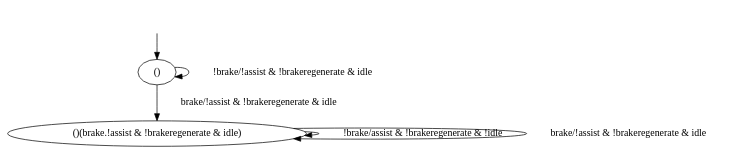
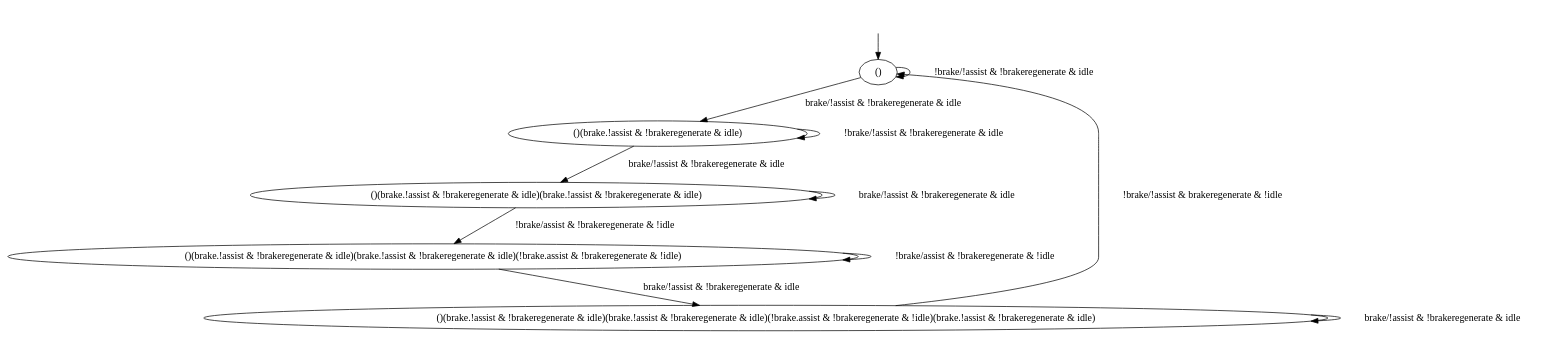
Before and after one commit to mrudu/synth-learn: the diagram in sample/examples/example6.dot, drawn with Graphviz. The commit also changed 7 other files, not shown here.

```diff
--- a/sample/examples/example6.dot
+++ b/sample/examples/example6.dot
@@ -1,10 +1,19 @@
 digraph "examples/example6" {
 "()" [label="()"];
 "()(brake.!assist & !brakeregenerate & idle)" [label="()(brake.!assist & !brakeregenerate & idle)"];
+"()(brake.!assist & !brakeregenerate & idle)(brake.!assist & !brakeregenerate & idle)" [label="()(brake.!assist & !brakeregenerate & idle)(brake.!assist & !brakeregenerate & idle)"];
+"()(brake.!assist & !brakeregenerate & idle)(brake.!assist & !brakeregenerate & idle)(!brake.assist & !brakeregenerate & !idle)" [label="()(brake.!assist & !brakeregenerate & idle)(brake.!assist & !brakeregenerate & idle)(!brake.assist & !brakeregenerate & !idle)"];
+"()(brake.!assist & !brakeregenerate & idle)(brake.!assist & !brakeregenerate & idle)(!brake.assist & !brakeregenerate & !idle)(brake.!assist & !brakeregenerate & idle)" [label="()(brake.!assist & !brakeregenerate & idle)(brake.!assist & !brakeregenerate & idle)(!brake.assist & !brakeregenerate & !idle)(brake.!assist & !brakeregenerate & idle)"];
 "()" -> "()"  [label="!brake/!assist & !brakeregenerate & idle"];
 "()" -> "()(brake.!assist & !brakeregenerate & idle)"  [label="brake/!assist & !brakeregenerate & idle"];
-"()(brake.!assist & !brakeregenerate & idle)" -> "()(brake.!assist & !brakeregenerate & idle)"  [label="!brake/assist & !brakeregenerate & !idle"];
-"()(brake.!assist & !brakeregenerate & idle)" -> "()(brake.!assist & !brakeregenerate & idle)"  [label="brake/!assist & !brakeregenerate & idle"];
+"()(brake.!assist & !brakeregenerate & idle)" -> "()(brake.!assist & !brakeregenerate & idle)"  [label="!brake/!assist & !brakeregenerate & idle"];
+"()(brake.!assist & !brakeregenerate & idle)" -> "()(brake.!assist & !brakeregenerate & idle)(brake.!assist & !brakeregenerate & idle)"  [label="brake/!assist & !brakeregenerate & idle"];
+"()(brake.!assist & !brakeregenerate & idle)(brake.!assist & !brakeregenerate & idle)" -> "()(brake.!assist & !brakeregenerate & idle)(brake.!assist & !brakeregenerate & idle)(!brake.assist & !brakeregenerate & !idle)"  [label="!brake/assist & !brakeregenerate & !idle"];
+"()(brake.!assist & !brakeregenerate & idle)(brake.!assist & !brakeregenerate & idle)" -> "()(brake.!assist & !brakeregenerate & idle)(brake.!assist & !brakeregenerate & idle)"  [label="brake/!assist & !brakeregenerate & idle"];
+"()(brake.!assist & !brakeregenerate & idle)(brake.!assist & !brakeregenerate & idle)(!brake.assist & !brakeregenerate & !idle)" -> "()(brake.!assist & !brakeregenerate & idle)(brake.!assist & !brakeregenerate & idle)(!brake.assist & !brakeregenerate & !idle)"  [label="!brake/assist & !brakeregenerate & !idle"];
+"()(brake.!assist & !brakeregenerate & idle)(brake.!assist & !brakeregenerate & idle)(!brake.assist & !brakeregenerate & !idle)" -> "()(brake.!assist & !brakeregenerate & idle)(brake.!assist & !brakeregenerate & idle)(!brake.assist & !brakeregenerate & !idle)(brake.!assist & !brakeregenerate & idle)"  [label="brake/!assist & !brakeregenerate & idle"];
+"()(brake.!assist & !brakeregenerate & idle)(brake.!assist & !brakeregenerate & idle)(!brake.assist & !brakeregenerate & !idle)(brake.!assist & !brakeregenerate & idle)" -> "()"  [label="!brake/!assist & brakeregenerate & !idle"];
+"()(brake.!assist & !brakeregenerate & idle)(brake.!assist & !brakeregenerate & idle)(!brake.assist & !brakeregenerate & !idle)(brake.!assist & !brakeregenerate & idle)" -> "()(brake.!assist & !brakeregenerate & idle)(brake.!assist & !brakeregenerate & idle)(!brake.assist & !brakeregenerate & !idle)(brake.!assist & !brakeregenerate & idle)"  [label="brake/!assist & !brakeregenerate & idle"];
 __start0 [label="", shape=none];
 __start0 -> "()"  [label=""];
 }
```
